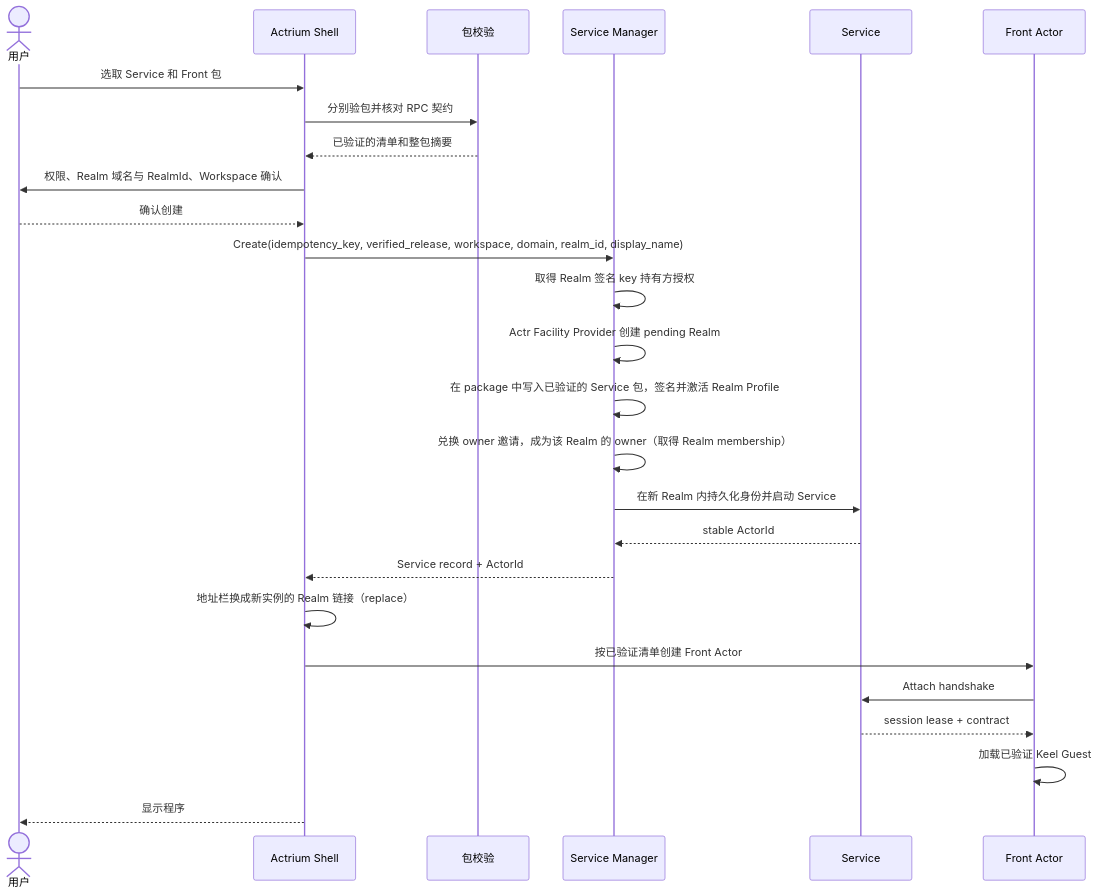
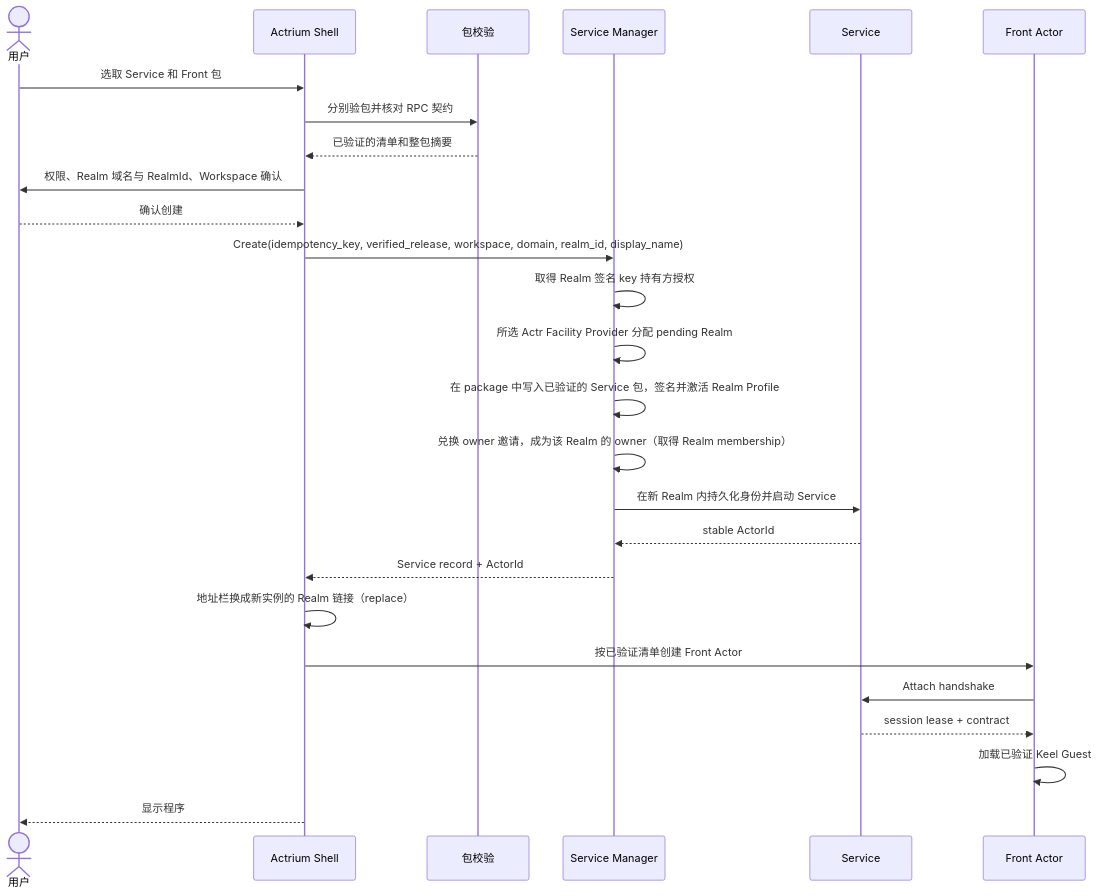
Before and after one commit to Actrium/actrium: the diagram in docs/product/actrium-v1/03-user-experience.zh.md, drawn with Mermaid. The commit also changed 24 other files, not shown here.

First line of the commit message:
docs(actr): clarify the scope of Actr Facility Providers

````diff
--- a/docs/product/actrium-v1/03-user-experience.zh.md
+++ b/docs/product/actrium-v1/03-user-experience.zh.md
@@ -114,29 +114,29 @@
 ```mermaid
 sequenceDiagram
     actor U as 用户
     participant A as Actrium Shell
     participant P as 包校验
     participant M as Service Manager
     participant S as Service
     participant F as Front Actor
 
     U->>A: 选取 Service 和 Front 包
     A->>P: 分别验包并核对 RPC 契约
     P-->>A: 已验证的清单和整包摘要
     A->>U: 权限、Realm 域名与 RealmId、Workspace 确认
     U-->>A: 确认创建
     A->>M: Create(idempotency_key, verified_release, workspace, domain, realm_id, display_name)
     M->>M: 取得 Realm 签名 key 持有方授权
-    M->>M: Actr Facility Provider 创建 pending Realm
+    M->>M: 所选 Actr Facility Provider 分配 pending Realm
     M->>M: 在 package 中写入已验证的 Service 包，签名并激活 Realm Profile
     M->>M: 兑换 owner 邀请，成为该 Realm 的 owner（取得 Realm membership）
     M->>S: 在新 Realm 内持久化身份并启动 Service
     S-->>M: stable ActorId
     M-->>A: Service record + ActorId
     A->>A: 地址栏换成新实例的 Realm 链接（replace）
     A->>F: 按已验证清单创建 Front Actor
     F->>S: Attach handshake
     S-->>F: session lease + contract
     F->>F: 加载已验证 Keel Guest
     A-->>U: 显示程序
 ```
````
